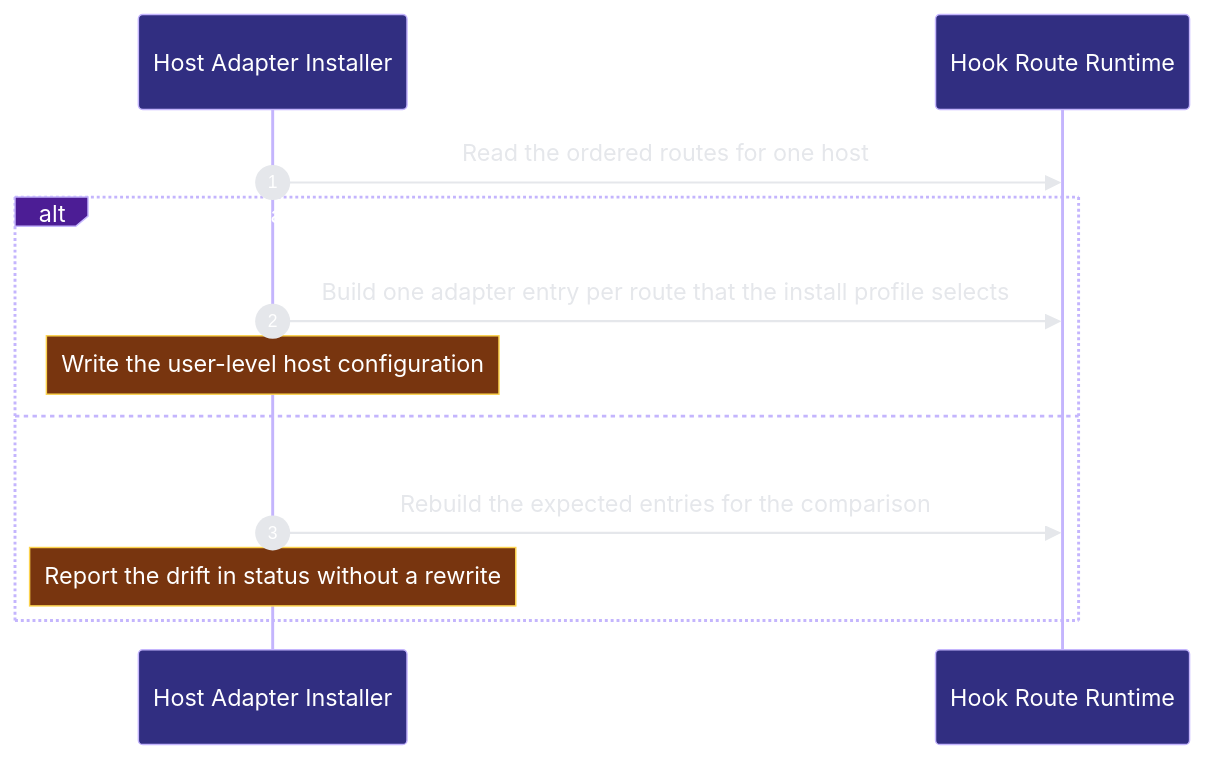
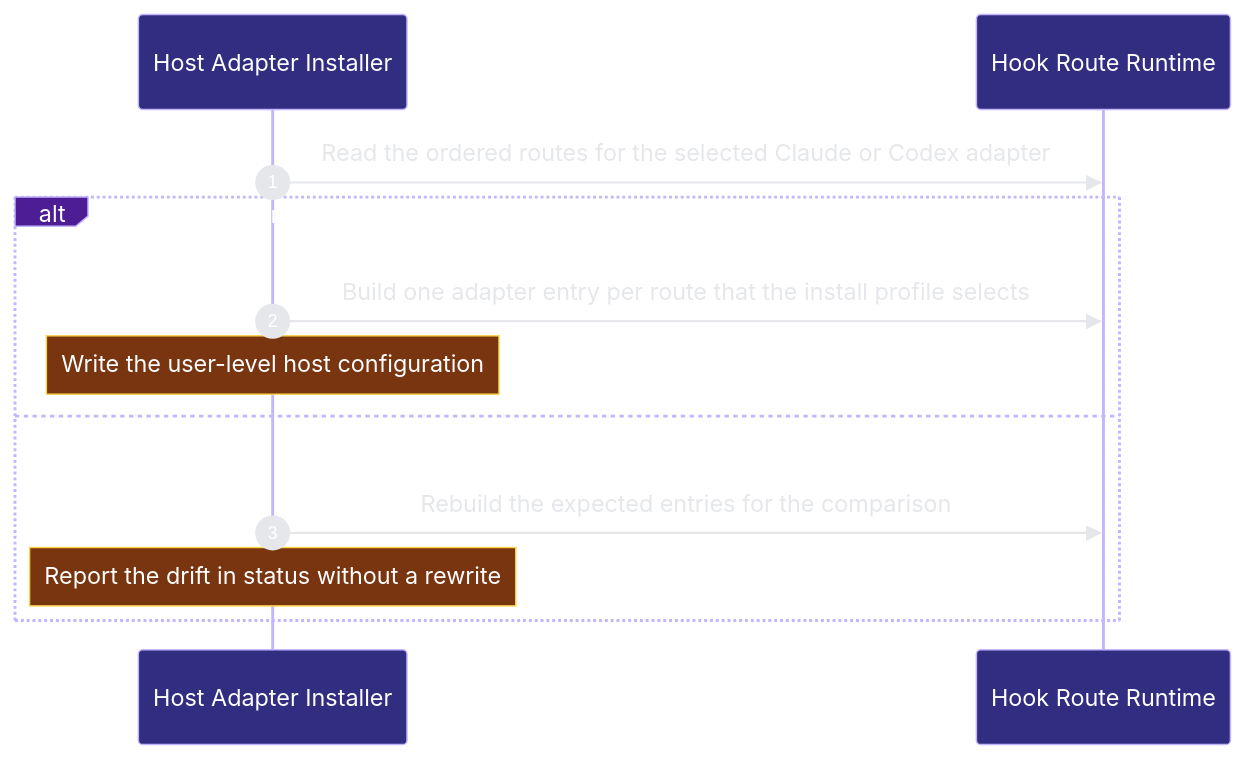
One commit to Ancienttwo/repo-harness changed the second of 5 diagrams in docs/architecture/modules/runtime-harness/hook-adapters.md. Above: the diagram before and after it, drawn with Mermaid. The commit also changed other lines of this file and 32 other files, not shown here.

First line of the commit message:
chore(projection): refresh generated architecture outputs for main@4c37d26d25c7

````diff
--- a/docs/architecture/modules/runtime-harness/hook-adapters.md
+++ b/docs/architecture/modules/runtime-harness/hook-adapters.md
@@ -122,15 +146,15 @@
 ```mermaid
 %%{init: {"theme":"base","themeVariables":{"background":"#0d1117","actorBkg":"#312e81","actorBorder":"#c4b5fd","actorTextColor":"#ffffff","signalColor":"#e5e7eb","signalTextColor":"#e5e7eb","labelBoxBkgColor":"#4c1d95","labelBoxBorderColor":"#c4b5fd","labelTextColor":"#ffffff","noteBkgColor":"#78350f","noteBorderColor":"#fcd34d","noteTextColor":"#ffffff","sequenceNumberColor":"#ffffff"}}}%%
 sequenceDiagram
   autonumber
   participant p2_host_installer_e130a8f7 as Host Adapter Installer
   participant p2_route_runtime_281dbb1e as Hook Route Runtime
-  p2_host_installer_e130a8f7->>p2_route_runtime_281dbb1e: Read the ordered routes for one host
+  p2_host_installer_e130a8f7->>p2_route_runtime_281dbb1e: Read the ordered routes for the selected Claude or Codex adapter
   alt One managed adapter entry exists per selected route in registry order
   p2_host_installer_e130a8f7->>p2_route_runtime_281dbb1e: Build one adapter entry per route that the install profile selects
     Note over p2_host_installer_e130a8f7: Write the user-level host configuration
   else An installed projection differs from the registry
   p2_host_installer_e130a8f7->>p2_route_runtime_281dbb1e: Rebuild the expected entries for the comparison
     Note over p2_host_installer_e130a8f7: Report the drift in status without a rewrite
   end
 ```
````
